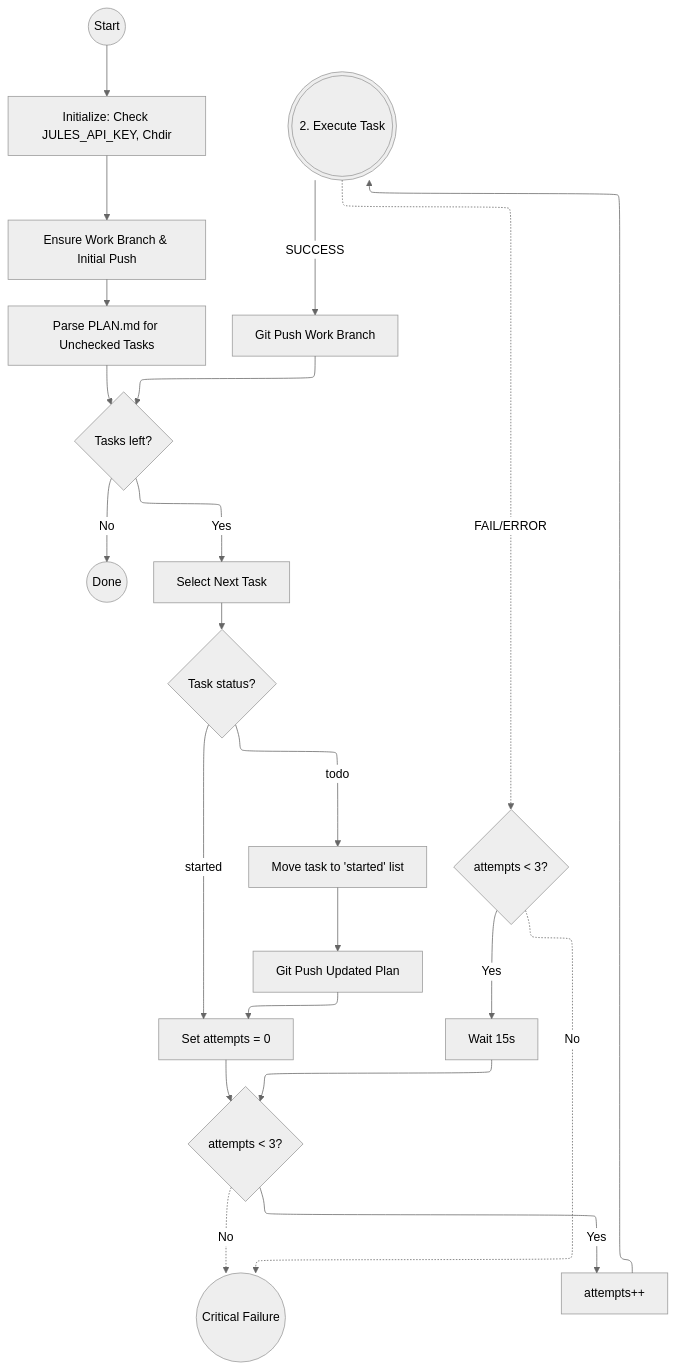
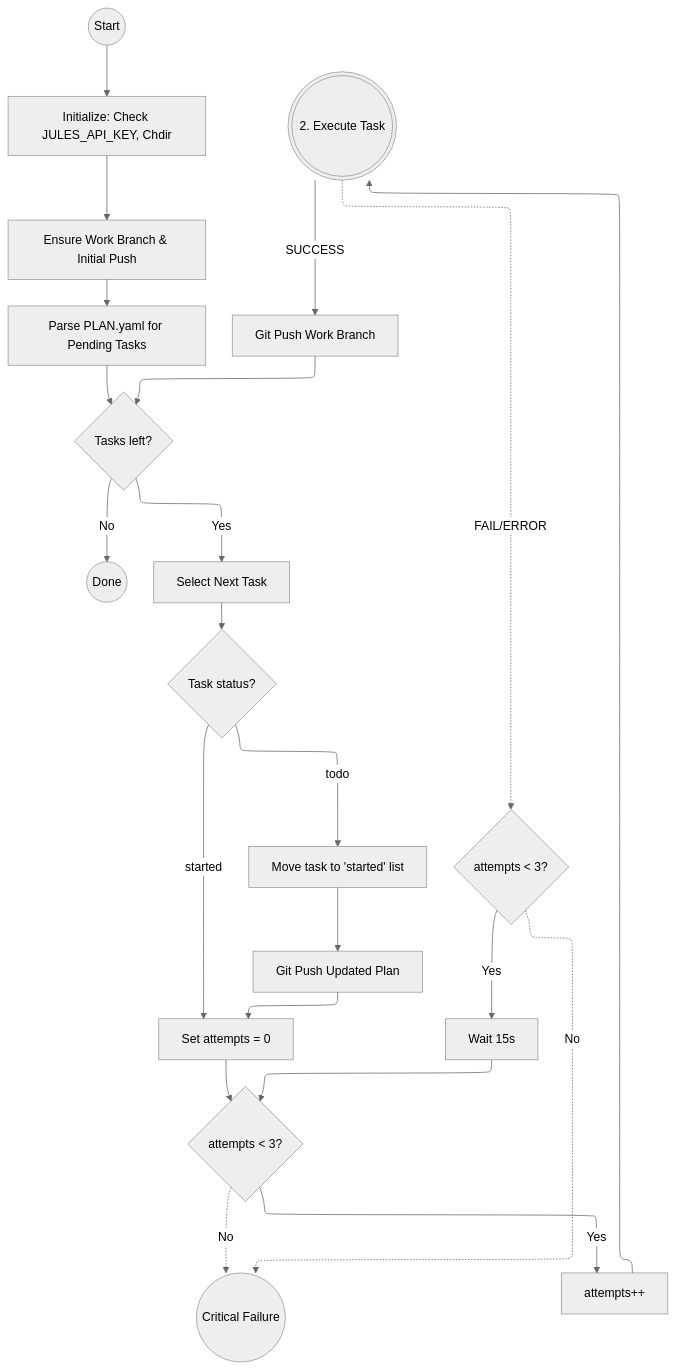
The first of 2 diagrams in README.md (JonathanHarford/verne_durand), drawn with Mermaid (neutral theme) before and after one commit. The commit also changed other lines of this file and 1 other file, not shown here.

Commit message:
docs: Update README to describe the new YAML-based plan file format, usage, and checklist structure.

````diff
--- a/README.md
+++ b/README.md
@@ -29,39 +38,39 @@
 ```mermaid
 ---
 config:
   layout: elk
 ---
 flowchart TD
     Start((Start)) --> Init[Initialize: Check JULES_API_KEY, Chdir]
     Init --> Ensure[Ensure Work Branch & Initial Push]
-    Ensure --> ParsePlan[Parse PLAN.md for Unchecked Tasks]
+    Ensure --> ParsePlan[Parse PLAN.yaml for Pending Tasks]
     ParsePlan --> HasTasks{Tasks left?}
     
     HasTasks -- No --> Done((Done))
     
     HasTasks -- Yes --> GetNextTask[Select Next Task]
     GetNextTask --> CheckStatus{Task status?}
     
     CheckStatus -- todo --> MoveToStarted[Move task to 'started' list]
     MoveToStarted --> PushPlan[Git Push Updated Plan]
     PushPlan --> InitRetry
     
     CheckStatus -- started --> InitRetry[Set attempts = 0]
     InitRetry --> RetryLoop{attempts < 3?}
     
     RetryLoop -. No .-> CritFail((Critical Failure))
     
     RetryLoop -->|Yes| IncAttempts[attempts++]
     
     IncAttempts --> Execution(((2. Execute Task)))
     
     Execution -->|SUCCESS| Push[Git Push Work Branch]
     Push --> HasTasks
     
     Execution -. FAIL/ERROR .-> CheckRetry{attempts < 3?}
 
     CheckRetry -->|Yes| RetryWait[Wait 15s]
     RetryWait --> RetryLoop
 
     CheckRetry -. No .-> CritFail
 ```
````
